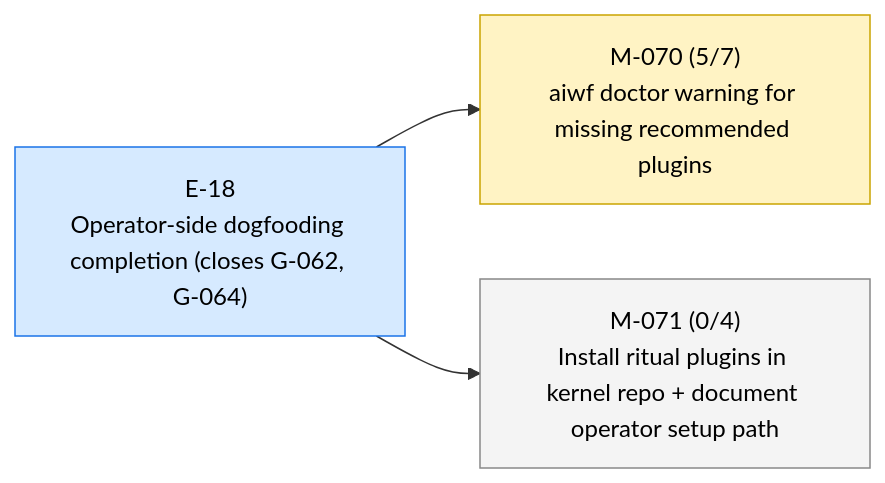
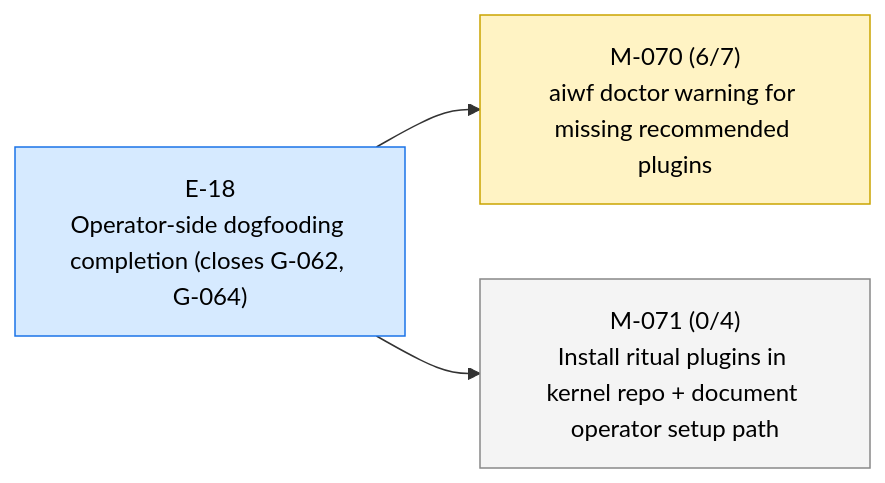
Before and after one commit to 23min/aiwf: the first of 3 diagrams in STATUS.md, drawn with Mermaid. The commit also changed other lines of this file and 1 other file, not shown here.

First line of the commit message:
aiwf promote M-070/AC-6 open -> met

````diff
--- a/STATUS.md
+++ b/STATUS.md
@@ -12,14 +12,14 @@
 ```mermaid
 flowchart LR
   E_18["E-18<br/>Operator-side dogfooding completion (closes G-062, G-064)"]:::epic_active
-  M_070["M-070 (5/7)<br/>aiwf doctor warning for missing recommended plugins"]:::ms_in_progress
+  M_070["M-070 (6/7)<br/>aiwf doctor warning for missing recommended plugins"]:::ms_in_progress
   E_18 --> M_070
   M_071["M-071 (0/4)<br/>Install ritual plugins in kernel repo + document operator setup path"]:::ms_draft
   E_18 --> M_071
   classDef epic_active fill:#d6eaff,stroke:#1a73e8,color:#000
   classDef epic_proposed fill:#f4f4f4,stroke:#888,color:#000
   classDef ms_done fill:#d8f5d8,stroke:#2a8a2a,color:#000
   classDef ms_in_progress fill:#fff3c4,stroke:#caa400,color:#000
   classDef ms_draft fill:#f4f4f4,stroke:#888,color:#000
   classDef ms_cancelled fill:#fbeaea,stroke:#c33,color:#000
 ```
````
